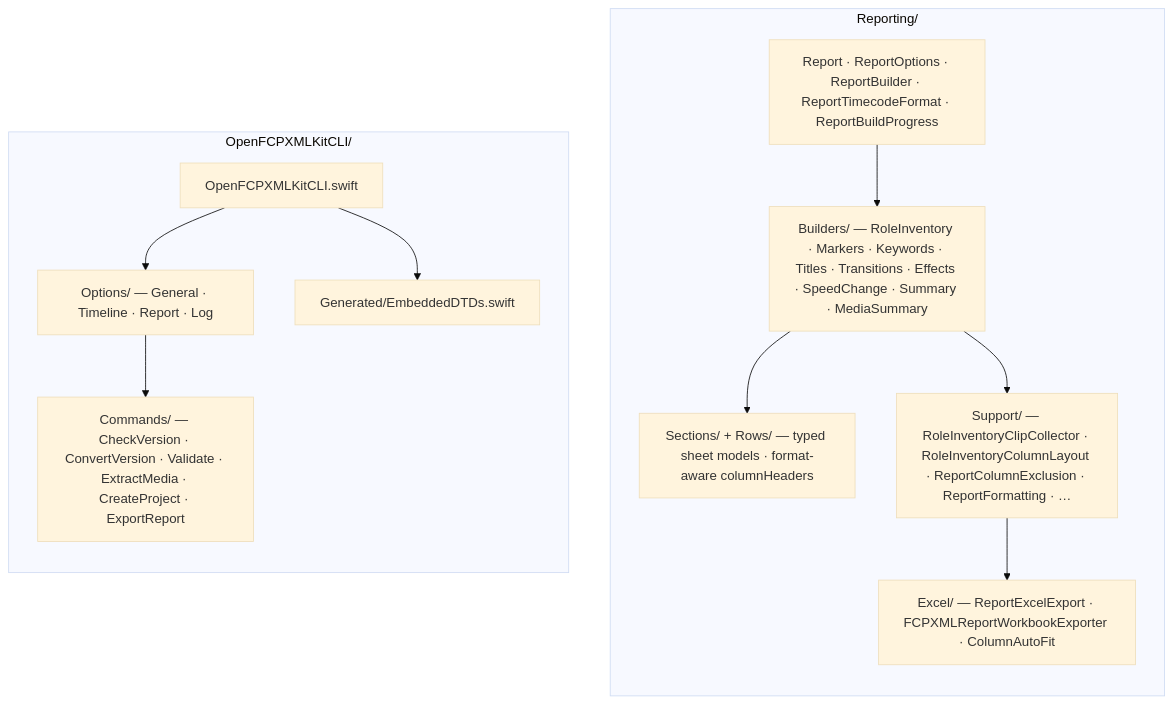
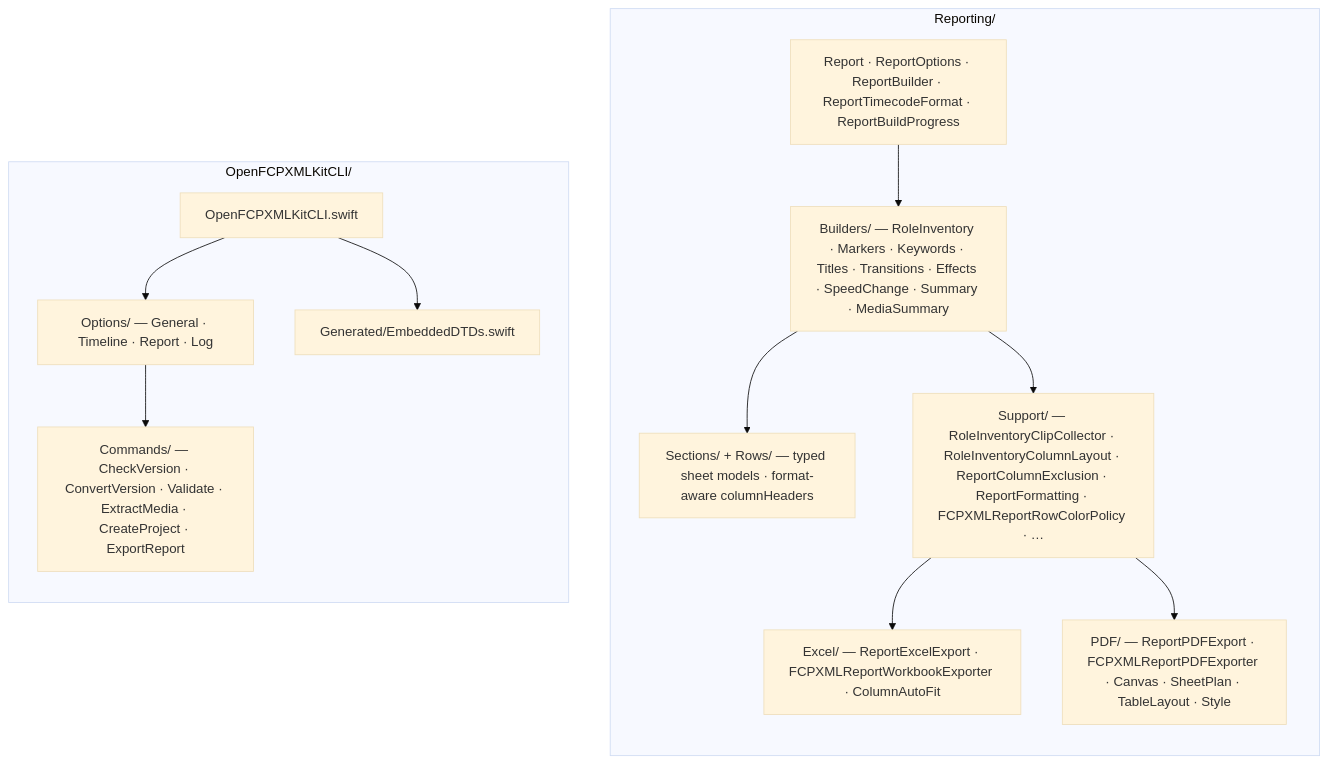
One commit to TheAcharya/OpenFCPXMLKit changed the third of 4 diagrams in ARCHITECTURE.md. Above: the diagram before and after it, drawn with Mermaid (base theme). The commit also changed other lines of this file and 22 other files, not shown here.

````diff
--- a/ARCHITECTURE.md
+++ b/ARCHITECTURE.md
@@ -184,23 +186,26 @@
 ```mermaid
 flowchart TB
     subgraph REP_DETAIL["Reporting/"]
         direction TB
         R_TOP["Report · ReportOptions · ReportBuilder · ReportTimecodeFormat · ReportBuildProgress"]
         R_BLD["Builders/ — RoleInventory · Markers · Keywords · Titles · Transitions · Effects · SpeedChange · Summary · MediaSummary"]
         R_SEC["Sections/ + Rows/ — typed sheet models · format-aware columnHeaders"]
-        R_SUP["Support/ — RoleInventoryClipCollector · RoleInventoryColumnLayout · ReportColumnExclusion · ReportFormatting · …"]
+        R_SUP["Support/ — RoleInventoryClipCollector · RoleInventoryColumnLayout · ReportColumnExclusion · ReportFormatting · FCPXMLReportRowColorPolicy · …"]
         R_XLS["Excel/ — ReportExcelExport · FCPXMLReportWorkbookExporter · ColumnAutoFit"]
+        R_PDF["PDF/ — ReportPDFExport · FCPXMLReportPDFExporter · Canvas · SheetPlan · TableLayout · Style"]
         R_TOP --> R_BLD --> R_SEC
-        R_BLD --> R_SUP --> R_XLS
+        R_BLD --> R_SUP
+        R_SUP --> R_XLS
+        R_SUP --> R_PDF
     end
 
     subgraph CLI_DETAIL["OpenFCPXMLKitCLI/"]
         direction TB
         C_ROOT["OpenFCPXMLKitCLI.swift"]
         C_OPT["Options/ — General · Timeline · Report · Log"]
         C_CMD["Commands/ — CheckVersion · ConvertVersion · Validate · ExtractMedia · CreateProject · ExportReport"]
         C_GEN["Generated/EmbeddedDTDs.swift"]
         C_ROOT --> C_OPT --> C_CMD
         C_ROOT --> C_GEN
     end
 ```
````
